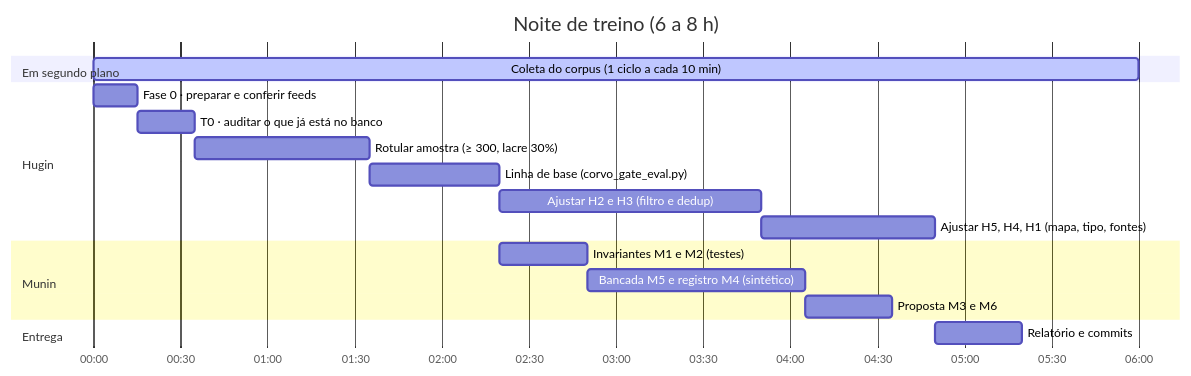
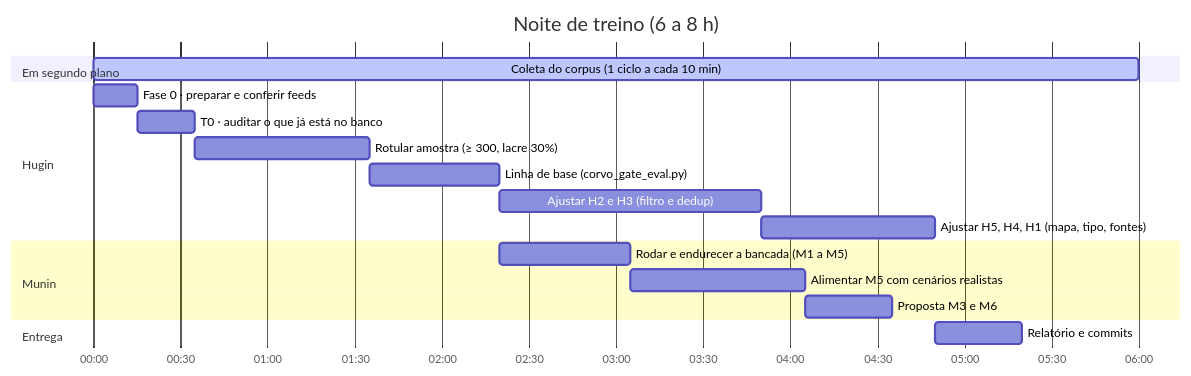
Before and after one commit to henriquesouza1832001-eng/Corvo: the fourth of 4 diagrams in docs/corvo/HUGIN_MUNIN_TREINO.md, drawn with Mermaid. The commit also changed other lines of this file and 11 other files, not shown here.

````diff
--- a/docs/corvo/HUGIN_MUNIN_TREINO.md
+++ b/docs/corvo/HUGIN_MUNIN_TREINO.md
@@ -331,21 +346,21 @@
 ```mermaid
 gantt
     title Noite de treino (6 a 8 h)
     dateFormat  HH:mm
     axisFormat  %H:%M
     section Em segundo plano
     Coleta do corpus (1 ciclo a cada 10 min)      :active, c1, 00:00, 6h
     section Hugin
     Fase 0 · preparar e conferir feeds            :h0, 00:00, 15m
     T0 · auditar o que já está no banco           :h1, after h0, 20m
     Rotular amostra (≥ 300, lacre 30%)            :h2, after h1, 60m
     Linha de base (corvo_gate_eval.py)            :h3, after h2, 45m
     Ajustar H2 e H3 (filtro e dedup)              :h4, after h3, 90m
     Ajustar H5, H4, H1 (mapa, tipo, fontes)       :h5, after h4, 60m
     section Munin
-    Invariantes M1 e M2 (testes)                  :m1, after h3, 30m
-    Bancada M5 e registro M4 (sintético)          :m2, after m1, 75m
+    Rodar e endurecer a bancada (M1 a M5)         :m1, after h3, 45m
+    Alimentar M5 com cenários realistas           :m2, after m1, 60m
     Proposta M3 e M6                              :m3, after m2, 30m
     section Entrega
     Relatório e commits                           :r1, after h5, 30m
 ```
````
